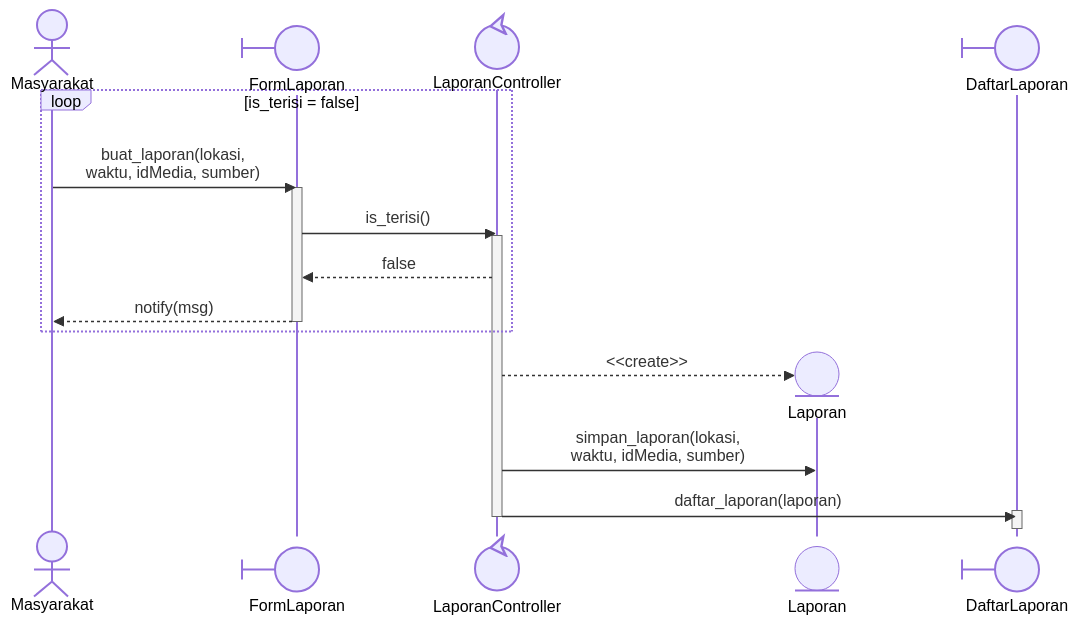
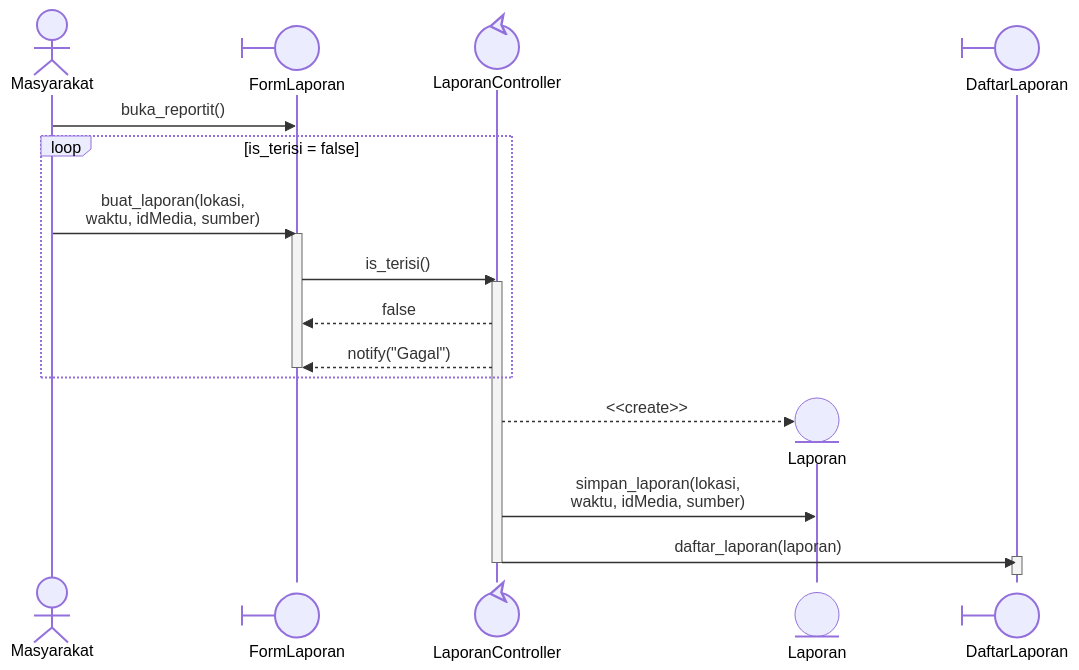
One commit to star-scripter/IF2150-RPL-K03-G02 changed the fifth of 28 diagrams in docs/M7/K03_G02_DPPL.md. Above: the diagram before and after it, drawn with Mermaid. The commit also changed other lines of this file, not shown here.

````diff
--- a/docs/M7/K03_G02_DPPL.md
+++ b/docs/M7/K03_G02_DPPL.md
@@ -383,27 +385,28 @@
 ```mermaid
 %%{init: {'themeCSS': '.actor-line { stroke-dasharray: 4, 4; }'}}%%
 sequenceDiagram
     actor M as Masyarakat;
     participant FL@{"type":"boundary"} as FormLaporan;
     participant LC@{"type":"control"} as LaporanController
 
+    M->>FL: buka_reportit()
     loop is_terisi = false
         M->>FL: buat_laporan(lokasi, <br/>waktu, idMedia, sumber);
         activate FL;
         FL->>LC: is_terisi()
         activate LC;
         LC-->>FL: false
-        FL-->>M: notify(msg)
+        LC-->>FL: notify("Gagal")
         deactivate FL;
     end
     
     create participant L@{"type":"entity"} as Laporan;
     LC-->>L: <<create>>
     LC->>L: simpan_laporan(lokasi, <br/>waktu, idMedia, sumber)
     
     participant DL@{"type":"boundary"} as DaftarLaporan;
     LC->>DL: daftar_laporan(laporan)
     activate DL;
     deactivate DL;
     deactivate LC;
 ```
````
